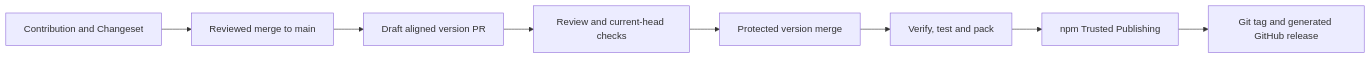
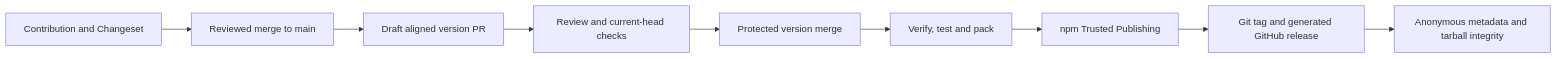
Before and after one commit to i-9-ai/skills: the diagram in docs/Release Management.md, drawn with Mermaid. The commit also changed other lines of this file and 22 other files, not shown here.

First line of the commit message:
Link release notes to GitHub and verify npm availability (#85)

````diff
--- a/docs/Release Management.md
+++ b/docs/Release Management.md
@@ -26,10 +28,11 @@
 ```mermaid
 flowchart LR
     Notes[Contribution and Changeset] --> Main[Reviewed merge to main]
     Main --> Version[Draft aligned version PR]
     Version --> Review[Review and current-head checks]
     Review --> Merge[Protected version merge]
     Merge --> Pack[Verify, test and pack]
     Pack --> Npm[npm Trusted Publishing]
     Npm --> Release[Git tag and generated GitHub release]
+    Release --> Availability[Anonymous metadata and tarball integrity]
 ```
````
